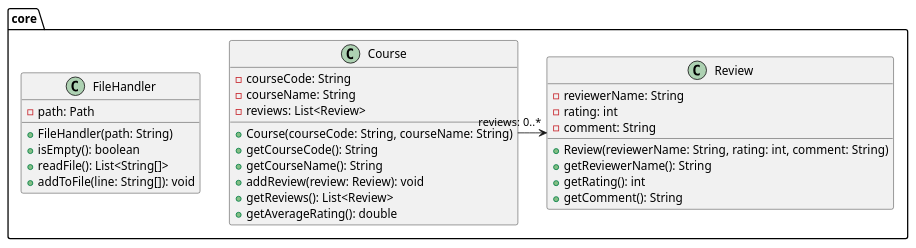
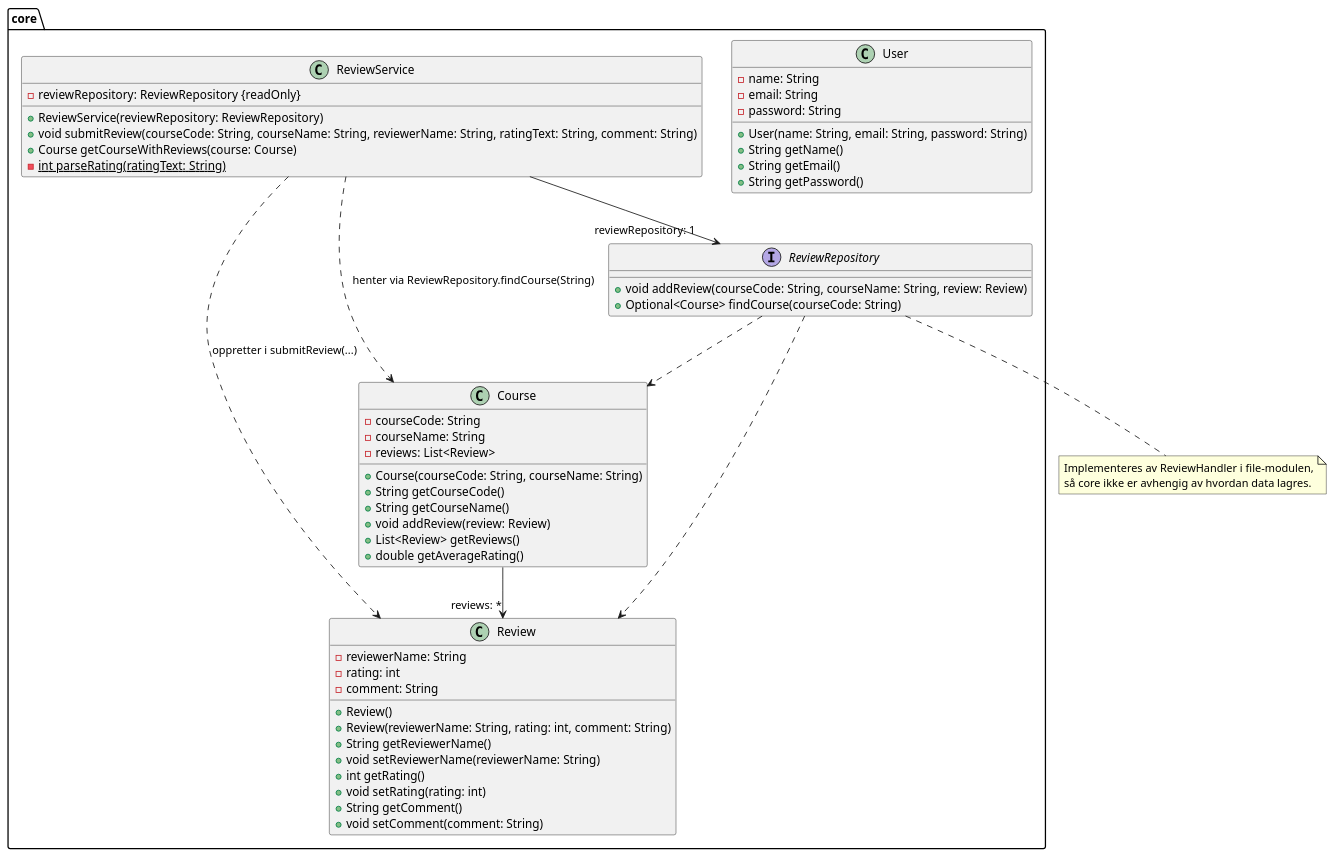
The diagram in arkitektur/klassediagramCore.puml (JesperBarosen/BIThub), drawn with PlantUML before and after one commit. The commit also changed 1 other file, not shown here.

Commit message:
Oppdater klassediagrammer for core og file
Oppdaterte klassediagrammet for core slik det ser ut
nå, uten FileHandler og med ReviewService,
ReviewRepository og User. La til et nytt
klassediagram for file med handlerne og DTO-ene.

ref #73

```diff
--- a/arkitektur/klassediagramCore.puml
+++ b/arkitektur/klassediagramCore.puml
@@ -1,38 +1,67 @@
 @startuml klassediagramCore
 
 package core {
+
     class Course {
         - courseCode: String
-        - courseName: String 
+        - courseName: String
         - reviews: List<Review>
         + Course(courseCode: String, courseName: String)
-        + getCourseCode(): String 
-        + getCourseName(): String
-        + addReview(review: Review): void
-        + getReviews(): List<Review>
-        + getAverageRating(): double
-
+        + String getCourseCode()
+        + String getCourseName()
+        + void addReview(review: Review)
+        + List<Review> getReviews()
+        + double getAverageRating()
     }
 
     class Review {
-        - reviewerName: String 
-        - rating: int 
-        - comment: String 
+        - reviewerName: String
+        - rating: int
+        - comment: String
+        + Review()
         + Review(reviewerName: String, rating: int, comment: String)
-        + getReviewerName(): String 
-        + getRating(): int
-        + getComment(): String
+        + String getReviewerName()
+        + void setReviewerName(reviewerName: String)
+        + int getRating()
+        + void setRating(rating: int)
+        + String getComment()
+        + void setComment(comment: String)
     }
 
-    class FileHandler {
-        - path: Path 
-        + FileHandler(path: String)
-        + isEmpty(): boolean
-        + readFile(): List<String[]>
-        + addToFile(line: String[]): void
+    class User {
+        - name: String
+        - email: String
+        - password: String
+        + User(name: String, email: String, password: String)
+        + String getName()
+        + String getEmail()
+        + String getPassword()
     }
 
-    Course -right-> "reviews: 0..*" Review
+    interface ReviewRepository {
+        + void addReview(courseCode: String, courseName: String, review: Review)
+        + Optional<Course> findCourse(courseCode: String)
+    }
+
+    class ReviewService {
+        - reviewRepository: ReviewRepository {readOnly}
+        + ReviewService(reviewRepository: ReviewRepository)
+        + void submitReview(courseCode: String, courseName: String, reviewerName: String, ratingText: String, comment: String)
+        + Course getCourseWithReviews(course: Course)
+        - {static} int parseRating(ratingText: String)
+    }
+
+    Course --> "reviews: *" Review
+    ReviewService --> "reviewRepository: 1" ReviewRepository
+    ReviewService ..> Course : henter via ReviewRepository.findCourse(String)
+    ReviewService ..> Review : oppretter i submitReview(...)
+    ReviewRepository ..> Course
+    ReviewRepository ..> Review
 }
 
+note bottom of ReviewRepository
+  Implementeres av ReviewHandler i file-modulen,
+  så core ikke er avhengig av hvordan data lagres.
+end note
+
 @enduml
```
